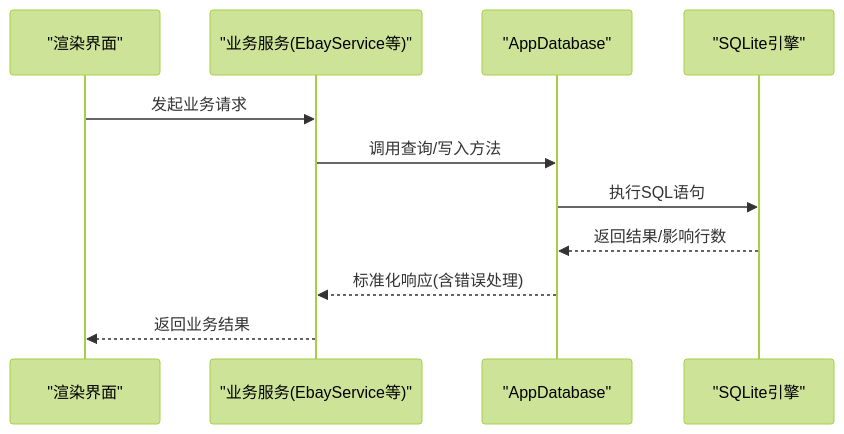
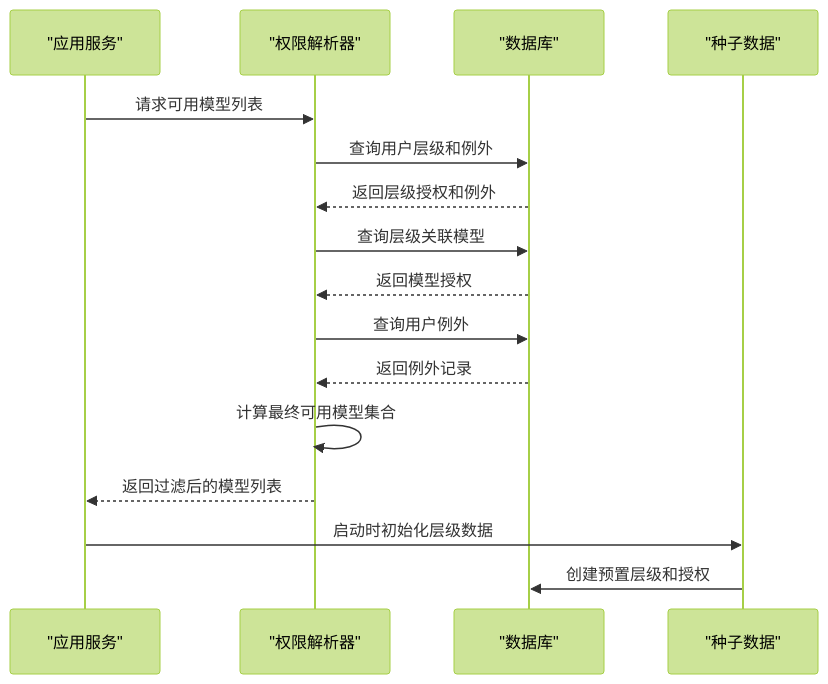
Before and after one commit to iljahofbauer219-lang/yandu: the second of 5 diagrams in .qoder/repowiki/zh/content/数据模型/数据库模式设计.md, drawn with Mermaid (forest theme). The commit also changed other lines of this file and 340 other files, not shown here.

````diff
--- a/.qoder/repowiki/zh/content/数据模型/数据库模式设计.md
+++ b/.qoder/repowiki/zh/content/数据模型/数据库模式设计.md
@@ -61,13 +88,18 @@
 ```mermaid
 sequenceDiagram
-participant UI as "渲染界面"
-participant Service as "业务服务(EbayService等)"
-participant DB as "AppDatabase"
-participant SQLite as "SQLite引擎"
-UI->>Service : 发起业务请求
-Service->>DB : 调用查询/写入方法
-DB->>SQLite : 执行SQL语句
-SQLite-->>DB : 返回结果/影响行数
-DB-->>Service : 标准化响应(含错误处理)
-Service-->>UI : 返回业务结果
+participant App as "应用服务"
+participant Resolver as "权限解析器"
+participant DB as "数据库"
+participant Seed as "种子数据"
+App->>Resolver : 请求可用模型列表
+Resolver->>DB : 查询用户层级和例外
+DB-->>Resolver : 返回层级授权和例外
+Resolver->>DB : 查询层级关联模型
+DB-->>Resolver : 返回模型授权
+Resolver->>DB : 查询用户例外
+DB-->>Resolver : 返回例外记录
+Resolver->>Resolver : 计算最终可用模型集合
+Resolver-->>App : 返回过滤后的模型列表
+App->>Seed : 启动时初始化层级数据
+Seed->>DB : 创建预置层级和授权
 ```
````
